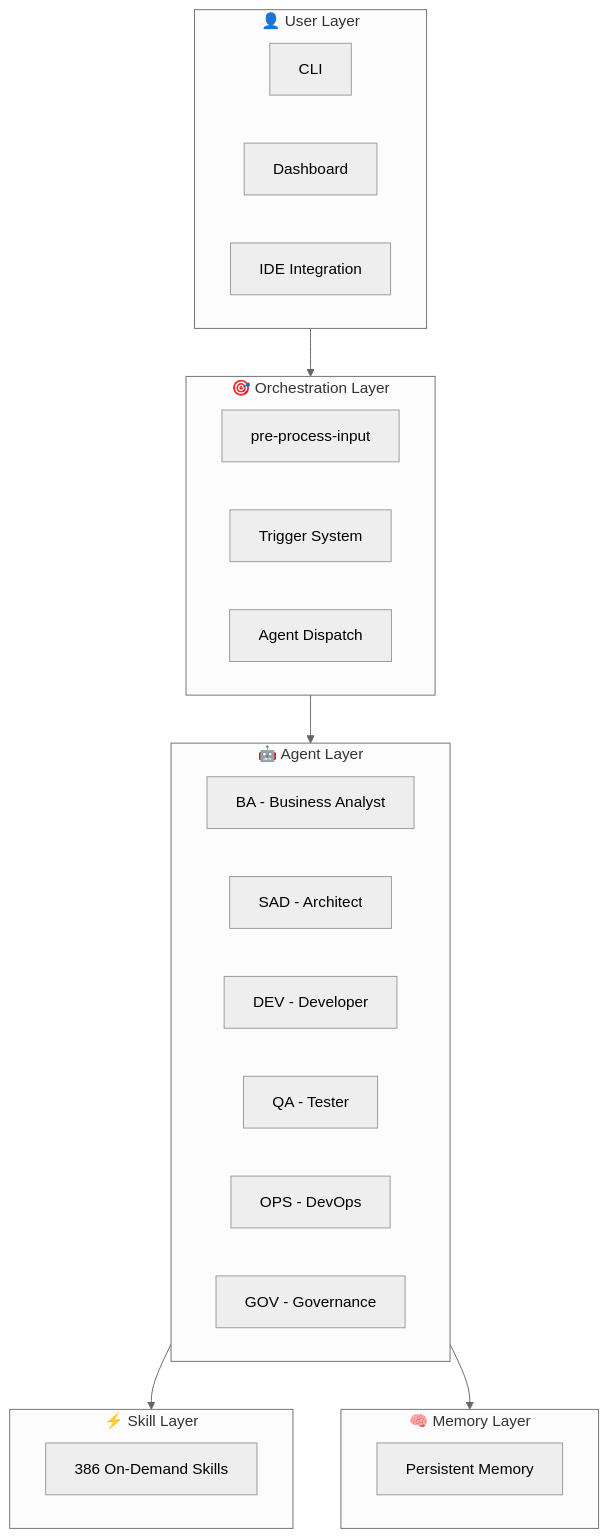
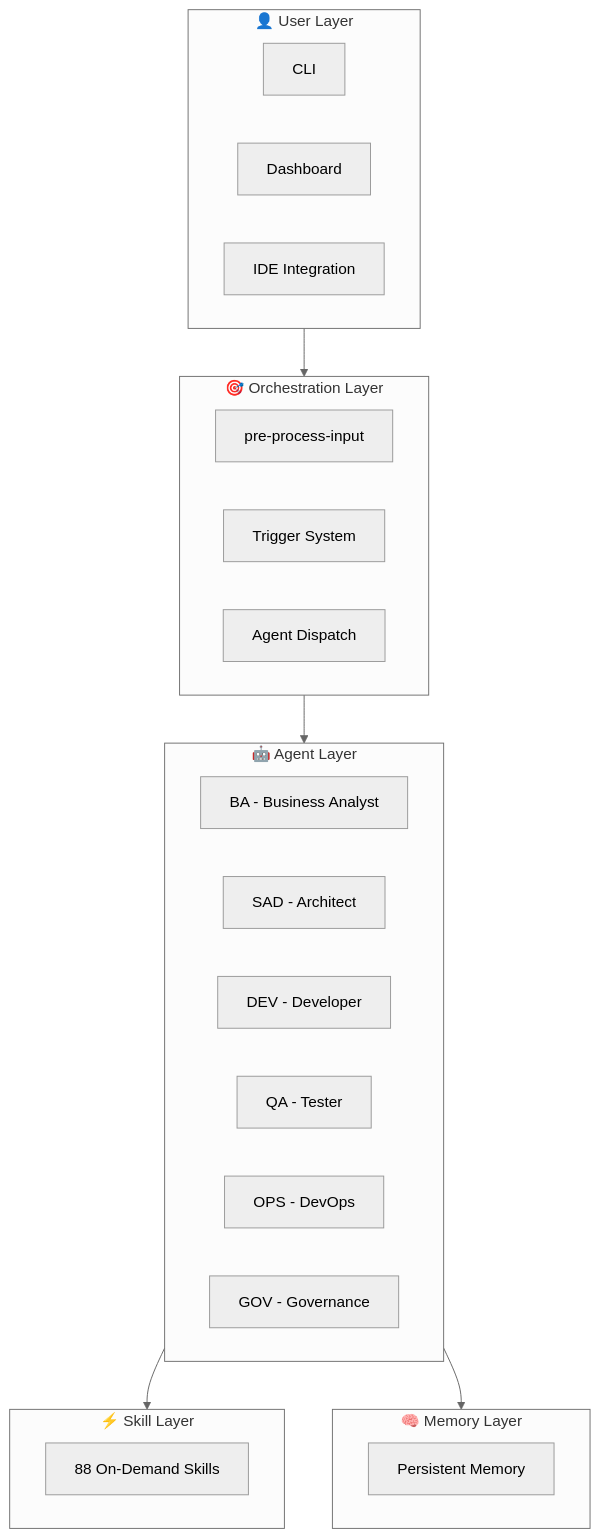
One commit to EmmanuelOrtiz87/gentle-vanguard-public changed the diagram in README.md. Above: the diagram before and after it, drawn with Mermaid (neutral theme). The commit also changed other lines of this file and 379 other files, not shown here.

````diff
--- a/README.md
+++ b/README.md
@@ -94,36 +103,36 @@
 ```mermaid
 graph TB
     subgraph User["👤 User Layer"]
         CLI[CLI]
         DASH[Dashboard]
         IDE[IDE Integration]
     end
 
     subgraph Orchestrator["🎯 Orchestration Layer"]
         INPUT[pre-process-input]
         TRIGGER[Trigger System]
         DISPATCH[Agent Dispatch]
     end
 
     subgraph Agents["🤖 Agent Layer"]
         BA[BA - Business Analyst]
         SAD[SAD - Architect]
         DEV[DEV - Developer]
         QA[QA - Tester]
         OPS[OPS - DevOps]
         GOV[GOV - Governance]
     end
 
     subgraph Skills["⚡ Skill Layer"]
-        SKILLS[386 On-Demand Skills]
+        SKILLS[88 On-Demand Skills]
     end
 
     subgraph Memory["🧠 Memory Layer"]
         ENGRAM[Persistent Memory]
     end
 
     User --> Orchestrator
     Orchestrator --> Agents
     Agents --> Skills
     Agents --> Memory
 ```
````
